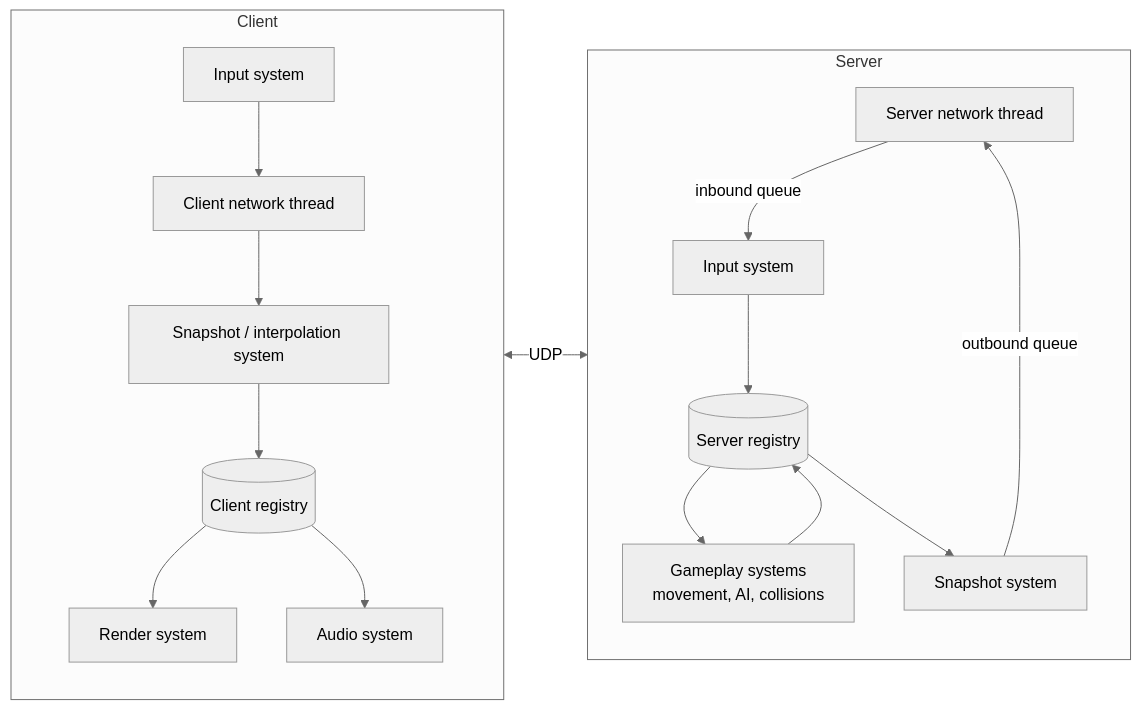
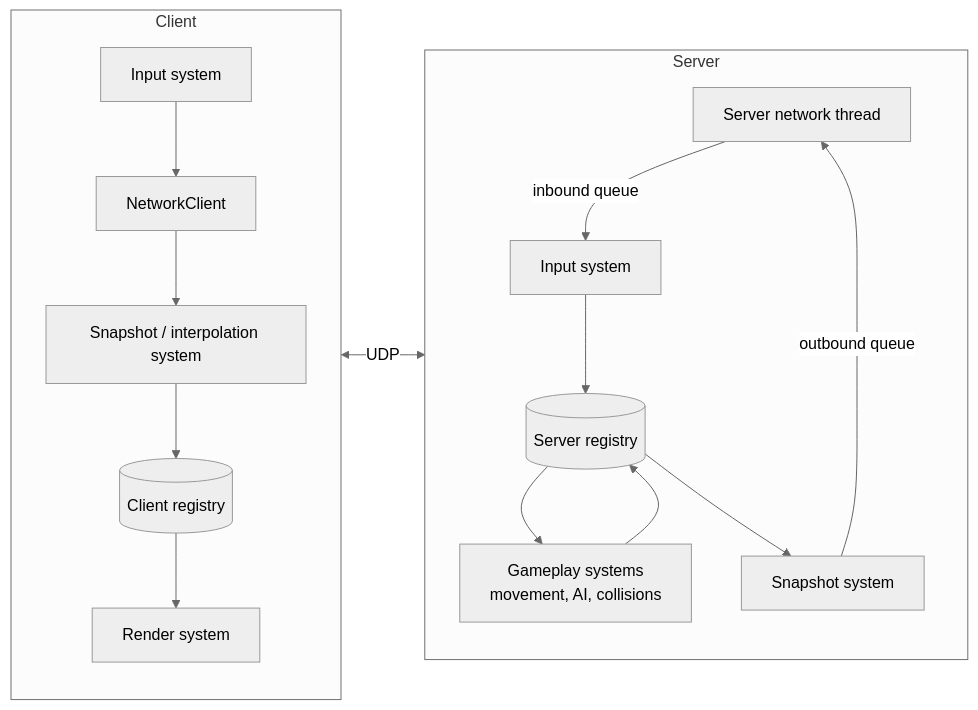
One commit to T3a1/RType-mirror changed the second of 6 diagrams in docs/ARCHITECTURE.md. Above: the diagram before and after it, drawn with Mermaid (neutral theme). The commit also changed other lines of this file and 9 other files, not shown here.

````diff
--- a/docs/ARCHITECTURE.md
+++ b/docs/ARCHITECTURE.md
@@ -306,23 +309,22 @@
 ```mermaid
 flowchart LR
     subgraph Client
         direction TB
-        CIn[Input system] --> CNet[Client network thread]
+        CIn[Input system] --> CNet[NetworkClient]
         CNet --> CSync[Snapshot / interpolation system]
         CSync --> CReg[(Client registry)]
         CReg --> CRender[Render system]
-        CReg --> CAudio[Audio system]
     end
 
     subgraph Server
         direction TB
         SNet[Server network thread] -->|inbound queue| SIn[Input system]
         SIn --> SReg[(Server registry)]
         SReg --> SLogic[Gameplay systems<br/>movement, AI, collisions]
         SLogic --> SReg
         SReg --> SSnap[Snapshot system]
         SSnap -->|outbound queue| SNet
     end
 
     CNet <-->|UDP| SNet
 ```
````
